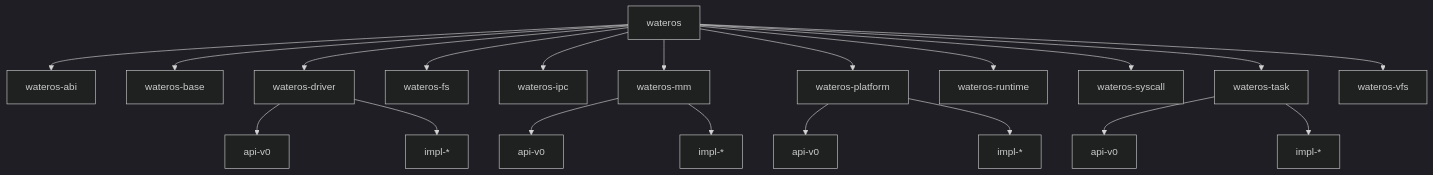
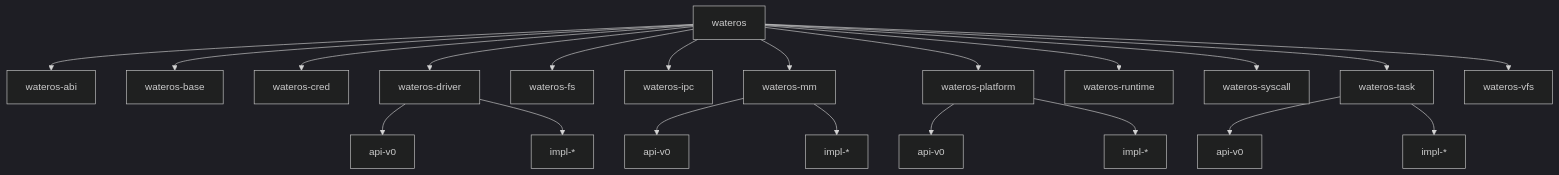
One commit to zhitian111/WaterOS changed the diagram in docs/architecture/snapshot.md. Above: the diagram before and after it, drawn with Mermaid (dark theme). The commit also changed other lines of this file and 13 other files, not shown here.

````diff
--- a/docs/architecture/snapshot.md
+++ b/docs/architecture/snapshot.md
@@ -36,36 +37,38 @@
 ```mermaid
 flowchart TD
     wateros[wateros]
     abi[wateros-abi]
     base[wateros-base]
+    cred[wateros-cred]
     driver[wateros-driver]
     fs[wateros-fs]
     ipc[wateros-ipc]
     mm[wateros-mm]
     platform[wateros-platform]
     runtime[wateros-runtime]
     syscall[wateros-syscall]
     task[wateros-task]
     vfs[wateros-vfs]
 
     wateros --> abi
     wateros --> base
+    wateros --> cred
     wateros --> driver
     wateros --> fs
     wateros --> ipc
     wateros --> mm
     wateros --> platform
     wateros --> runtime
     wateros --> syscall
     wateros --> task
     wateros --> vfs
 
     platform --> platformApi[api-v0]
     platform --> platformImpl[impl-*]
     driver --> driverApi[api-v0]
     driver --> driverImpl[impl-*]
     mm --> mmApi[api-v0]
     mm --> mmImpl[impl-*]
     task --> taskApi[api-v0]
     task --> taskImpl[impl-*]
 ```
````
